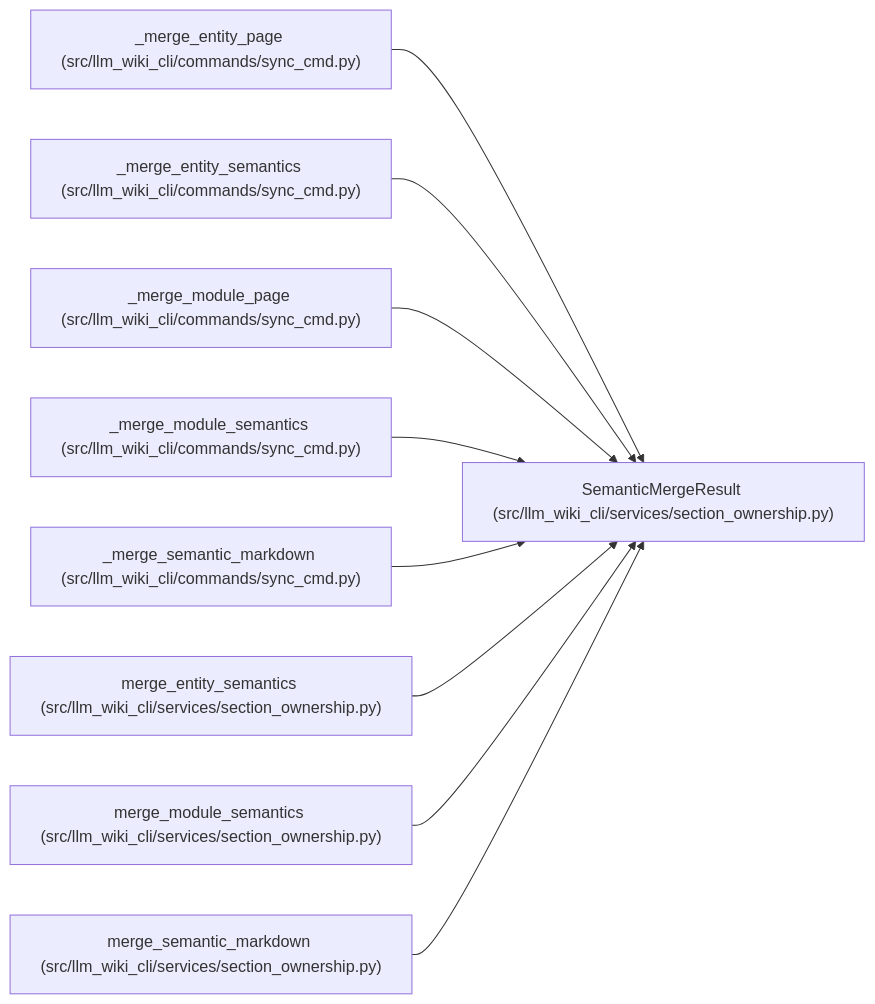
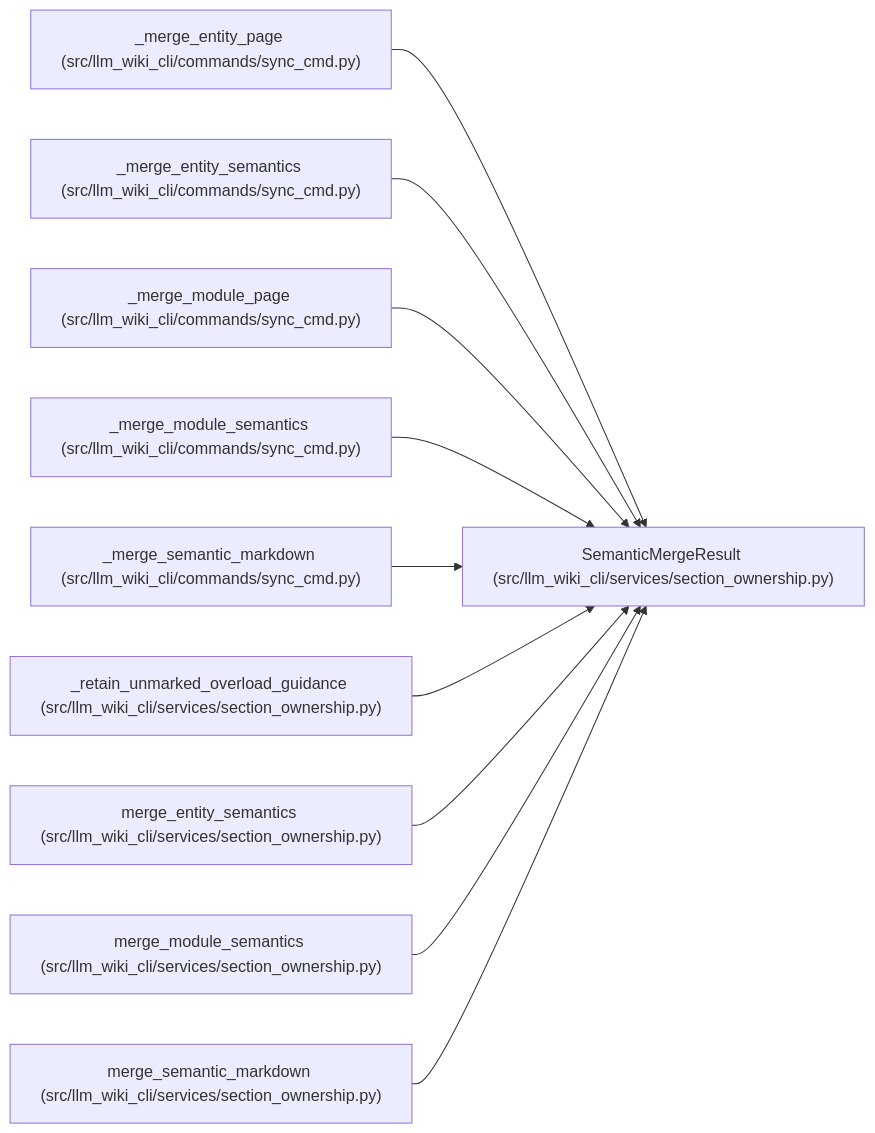
Before and after one commit to Denissvgn/python-wiki-llm: the diagram in docs/llm_wiki/entities/SemanticMergeResult.md, drawn with Mermaid. The commit also changed other lines of this file and 292 other files, not shown here.

````diff
--- a/docs/llm_wiki/entities/SemanticMergeResult.md
+++ b/docs/llm_wiki/entities/SemanticMergeResult.md
@@ -28,29 +28,32 @@
 ```mermaid
 flowchart LR
     n0["SemanticMergeResult (src/llm_wiki_cli/services/section_ownership.py)"]
     n1["_merge_entity_page (src/llm_wiki_cli/commands/sync_cmd.py)"]
     n2["_merge_entity_semantics (src/llm_wiki_cli/commands/sync_cmd.py)"]
     n3["_merge_module_page (src/llm_wiki_cli/commands/sync_cmd.py)"]
     n4["_merge_module_semantics (src/llm_wiki_cli/commands/sync_cmd.py)"]
     n5["_merge_semantic_markdown (src/llm_wiki_cli/commands/sync_cmd.py)"]
-    n6["merge_entity_semantics (src/llm_wiki_cli/services/section_ownership.py)"]
-    n7["merge_module_semantics (src/llm_wiki_cli/services/section_ownership.py)"]
-    n8["merge_semantic_markdown (src/llm_wiki_cli/services/section_ownership.py)"]
+    n6["_retain_unmarked_overload_guidance (src/llm_wiki_cli/services/section_ownership.py)"]
+    n7["merge_entity_semantics (src/llm_wiki_cli/services/section_ownership.py)"]
+    n8["merge_module_semantics (src/llm_wiki_cli/services/section_ownership.py)"]
+    n9["merge_semantic_markdown (src/llm_wiki_cli/services/section_ownership.py)"]
     n1 --> n0
     n2 --> n0
     n3 --> n0
     n4 --> n0
     n5 --> n0
     n6 --> n0
     n7 --> n0
     n8 --> n0
+    n9 --> n0
     click n0 "../modules/section_ownership.md"
     click n1 "../modules/sync_cmd.md"
     click n2 "../modules/sync_cmd.md"
     click n3 "../modules/sync_cmd.md"
     click n4 "../modules/sync_cmd.md"
     click n5 "../modules/sync_cmd.md"
     click n6 "../modules/section_ownership.md"
     click n7 "../modules/section_ownership.md"
     click n8 "../modules/section_ownership.md"
+    click n9 "../modules/section_ownership.md"
 ```
````
